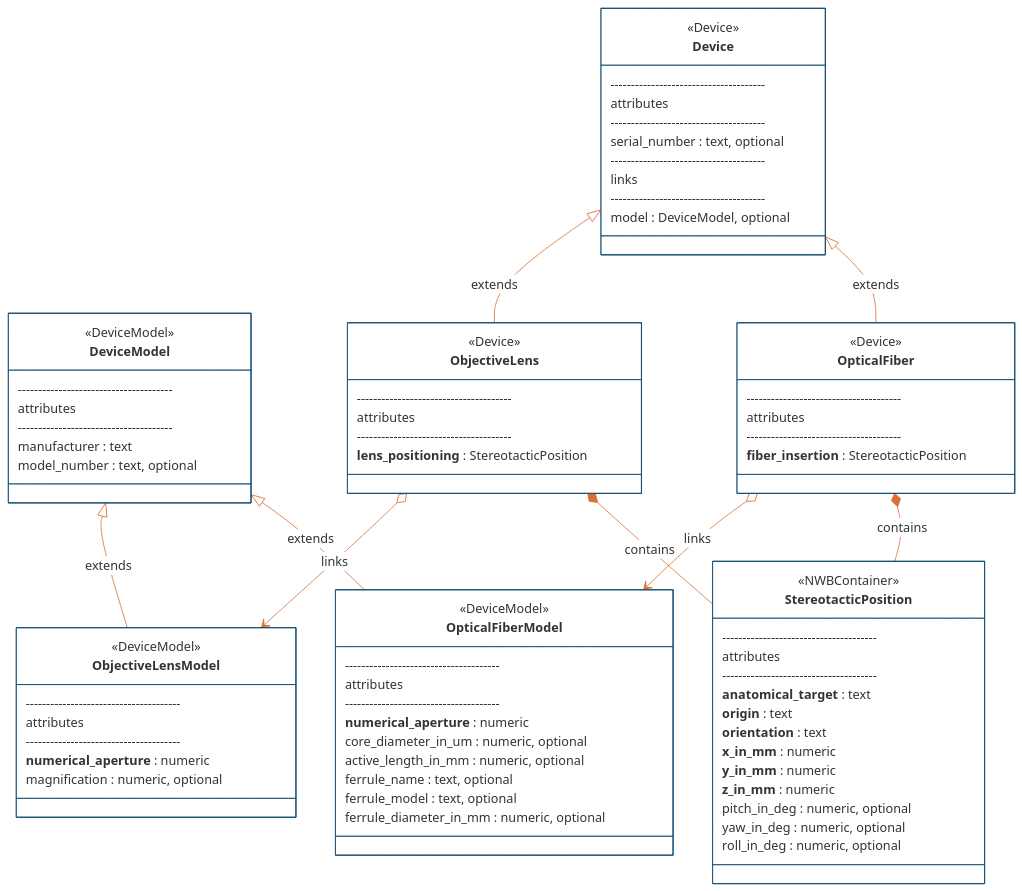
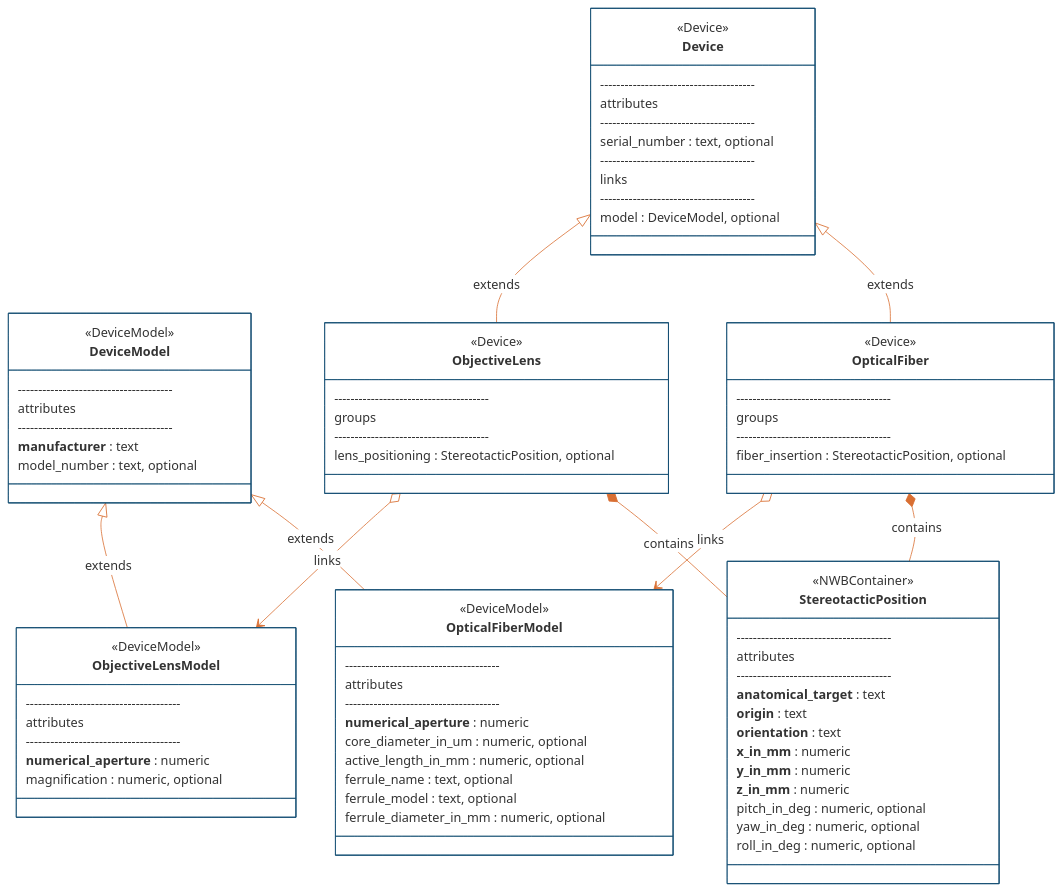
Before and after one commit to catalystneuro/ndx-ophys-devices: the third of 4 diagrams in README.md, drawn with Mermaid. The commit also changed other lines of this file and 23 other files, not shown here.

````diff
--- a/README.md
+++ b/README.md
@@ -485,17 +519,17 @@
 ```mermaid
-%%{init: {'theme': 'base', 'themeVariables': {'primaryColor': '#ffffff', "primaryBorderColor': '#144E73', 'lineColor': '#D96F32'}}}%%
+%%{init: {'theme': 'base', 'themeVariables': {'primaryColor': '#ffffff', 'primaryBorderColor': '#144E73', 'lineColor': '#D96F32'}}}%%
 classDiagram
-    direction TB    
-    
+    direction TB
+
     class DeviceModel{
         <<DeviceModel>>
         --------------------------------------
         attributes
         --------------------------------------
-        manufacturer : text
+        **manufacturer** : text
         model_number : text, optional
     }
-    
+
     class Device{
         <<Device>>
         --------------------------------------
@@ -507,7 +541,7 @@
         --------------------------------------
         model : DeviceModel, optional
     }
-    
+
     class StereotacticPosition{
         <<NWBContainer>>
         --------------------------------------
@@ -534,15 +568,15 @@
         active_length_in_mm : numeric, optional
         ferrule_name : text, optional
         ferrule_model : text, optional
-        ferrule_diameter_in_mm : numeric, optional 
+        ferrule_diameter_in_mm : numeric, optional
     }
-    
+
     class OpticalFiber{
         <<Device>>
         --------------------------------------
-        attributes
+        groups
         --------------------------------------
-        **fiber_insertion** : StereotacticPosition
+        fiber_insertion : StereotacticPosition, optional
     }
 
     class ObjectiveLensModel{
@@ -553,13 +587,13 @@
         **numerical_aperture** : numeric
         magnification : numeric, optional
     }
-    
+
     class ObjectiveLens{
         <<Device>>
         --------------------------------------
-        attributes
+        groups
         --------------------------------------
-        **lens_positioning** : StereotacticPosition
+        lens_positioning : StereotacticPosition, optional
     }
 
     DeviceModel <|-- OpticalFiberModel : extends
````
